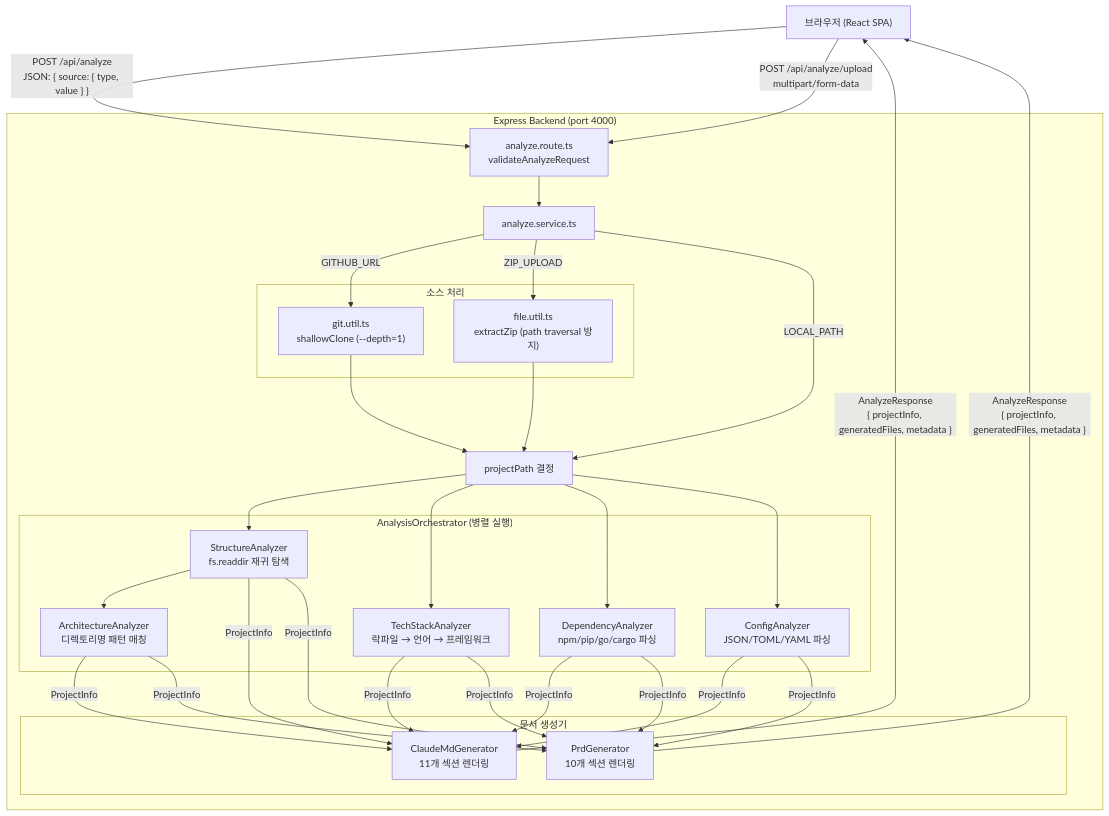
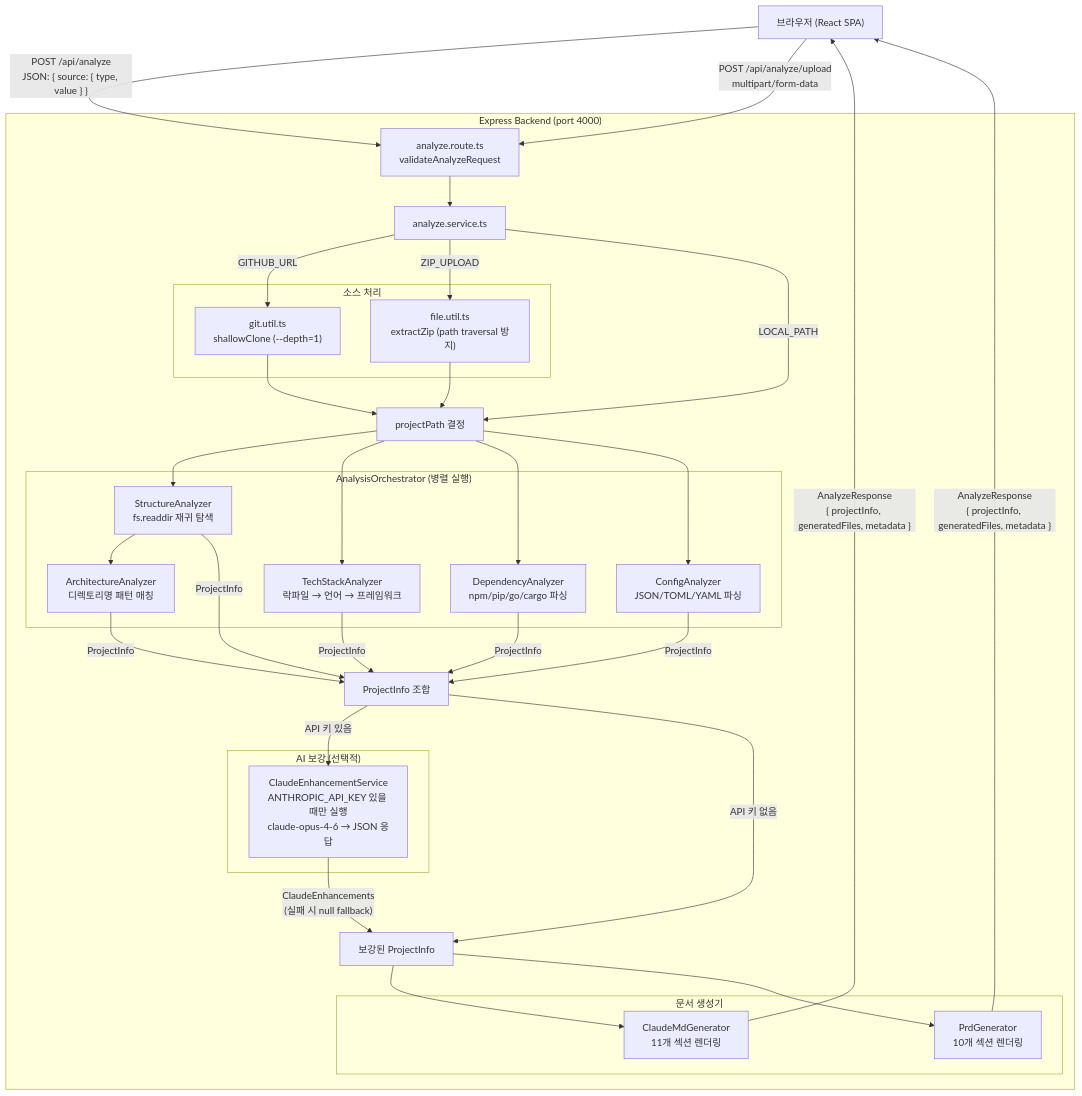
The diagram in README.md (rynnkitty/claudemd-gen), drawn with Mermaid before and after one commit. The commit also changed other lines of this file, not shown here.

First line of the commit message:
docs(readme): Claude API 보강 기능 설명 추가

````diff
--- a/README.md
+++ b/README.md
@@ -28,43 +29,52 @@
 ```mermaid
 flowchart TD
     UI["브라우저 (React SPA)"]
     UI -->|"POST /api/analyze\nJSON: { source: { type, value } }"| Route
     UI -->|"POST /api/analyze/upload\nmultipart/form-data"| Route
 
     subgraph Backend["Express Backend (port 4000)"]
         Route["analyze.route.ts\nvalidateAnalyzeRequest"]
         Service["analyze.service.ts"]
         Route --> Service
 
         subgraph Source["소스 처리"]
             Clone["git.util.ts\nshallowClone (--depth=1)"]
             Extract["file.util.ts\nextractZip (path traversal 방지)"]
         end
 
         Service -->|GITHUB_URL| Clone
         Service -->|ZIP_UPLOAD| Extract
         Service -->|LOCAL_PATH| Analyze
 
         subgraph Analyzers["AnalysisOrchestrator (병렬 실행)"]
             SA["StructureAnalyzer\nfs.readdir 재귀 탐색"]
             TA["TechStackAnalyzer\n락파일 → 언어 → 프레임워크"]
             DA["DependencyAnalyzer\nnpm/pip/go/cargo 파싱"]
             CA["ConfigAnalyzer\nJSON/TOML/YAML 파싱"]
             AA["ArchitectureAnalyzer\n디렉토리명 패턴 매칭"]
         end
 
         Clone --> Analyze
         Extract --> Analyze
         Analyze["projectPath 결정"] --> SA & TA & DA & CA
         SA --> AA
 
         subgraph Generators["문서 생성기"]
             CMG["ClaudeMdGenerator\n11개 섹션 렌더링"]
             PRG["PrdGenerator\n10개 섹션 렌더링"]
         end
 
-        SA & TA & DA & CA & AA -->|ProjectInfo| CMG & PRG
+        SA & TA & DA & CA & AA -->|ProjectInfo| Enhance
+
+        subgraph Enhancement["AI 보강 (선택적)"]
+            CE["ClaudeEnhancementService\nANTHROPIC_API_KEY 있을 때만 실행\nclaude-opus-4-6 → JSON 응답"]
+        end
+
+        Enhance["ProjectInfo 조합"] -->|"API 키 있음"| CE
+        CE -->|"ClaudeEnhancements\n(실패 시 null fallback)"| Merge["보강된 ProjectInfo"]
+        Enhance -->|"API 키 없음"| Merge
+        Merge --> CMG & PRG
     end
 
     CMG & PRG -->|"AnalyzeResponse\n{ projectInfo, generatedFiles, metadata }"| UI
 ```
````
